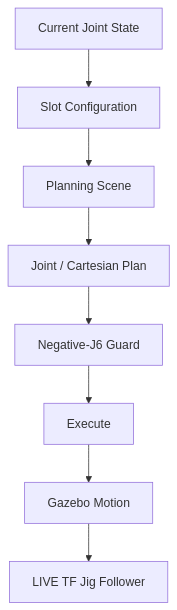
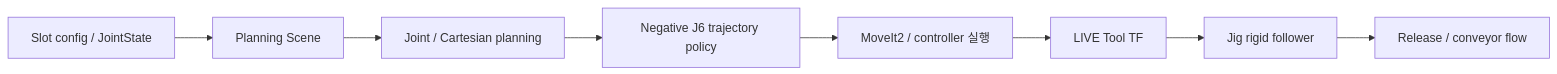
Before and after one commit to seongyeop-dev/fr5-unity-digital-twin: the third of 5 diagrams in docs/04_data_flow.md, drawn with Mermaid. The commit also changed other lines of this file and 49 other files, not shown here.

````diff
--- a/docs/04_data_flow.md
+++ b/docs/04_data_flow.md
@@ -89,10 +43,10 @@
 ```mermaid
-flowchart TB
-    JS["Current Joint State"] --> CFG["Slot Configuration"]
-    CFG --> PS["Planning Scene"]
-    PS --> PLAN["Joint / Cartesian Plan"]
-    PLAN --> GUARD["Negative-J6 Guard"]
-    GUARD --> EXEC["Execute"]
-    EXEC --> GZ["Gazebo Motion"]
-    GZ --> JIG["LIVE TF Jig Follower"]
+flowchart LR
+    CFG["Slot config / JointState"] --> PS["Planning Scene"]
+    PS --> PLAN["Joint / Cartesian planning"]
+    PLAN --> GUARD["Negative J6 trajectory policy"]
+    GUARD --> EXEC["MoveIt2 / controller 실행"]
+    EXEC --> TF["LIVE Tool TF"]
+    TF --> FOLLOW["Jig rigid follower"]
+    FOLLOW --> RELEASE["Release / conveyor flow"]
 ```
````
